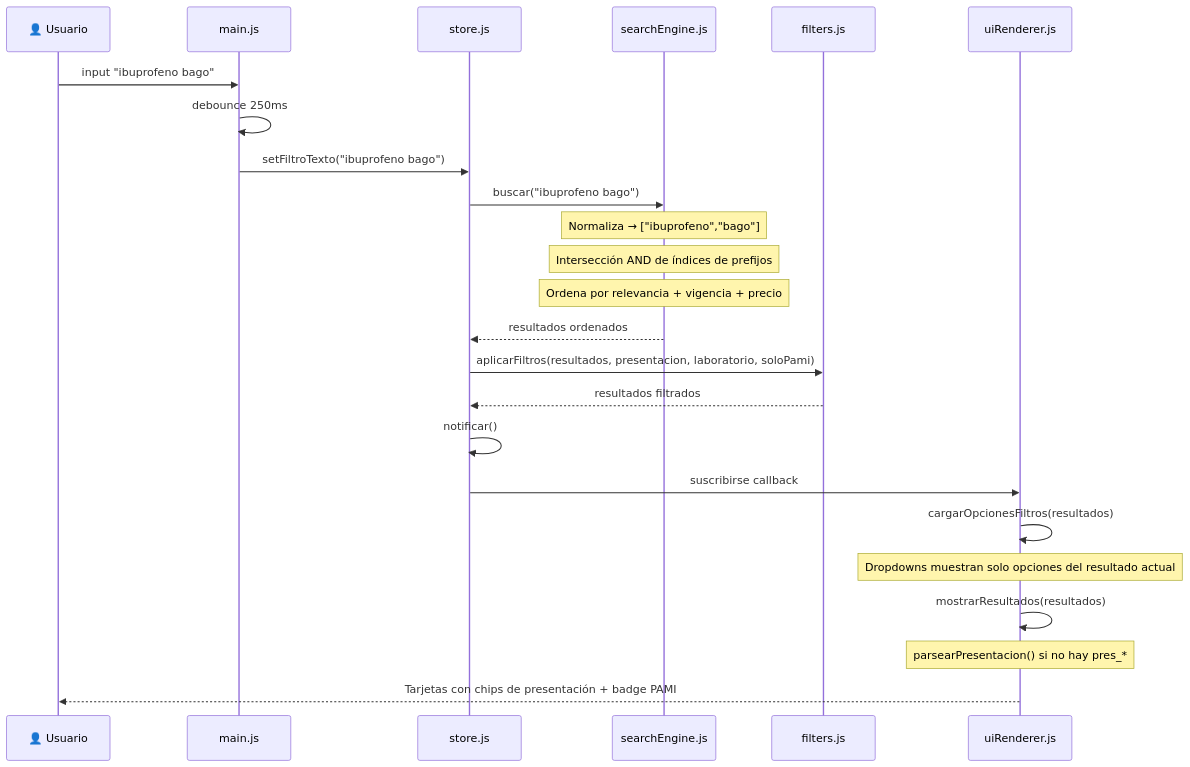
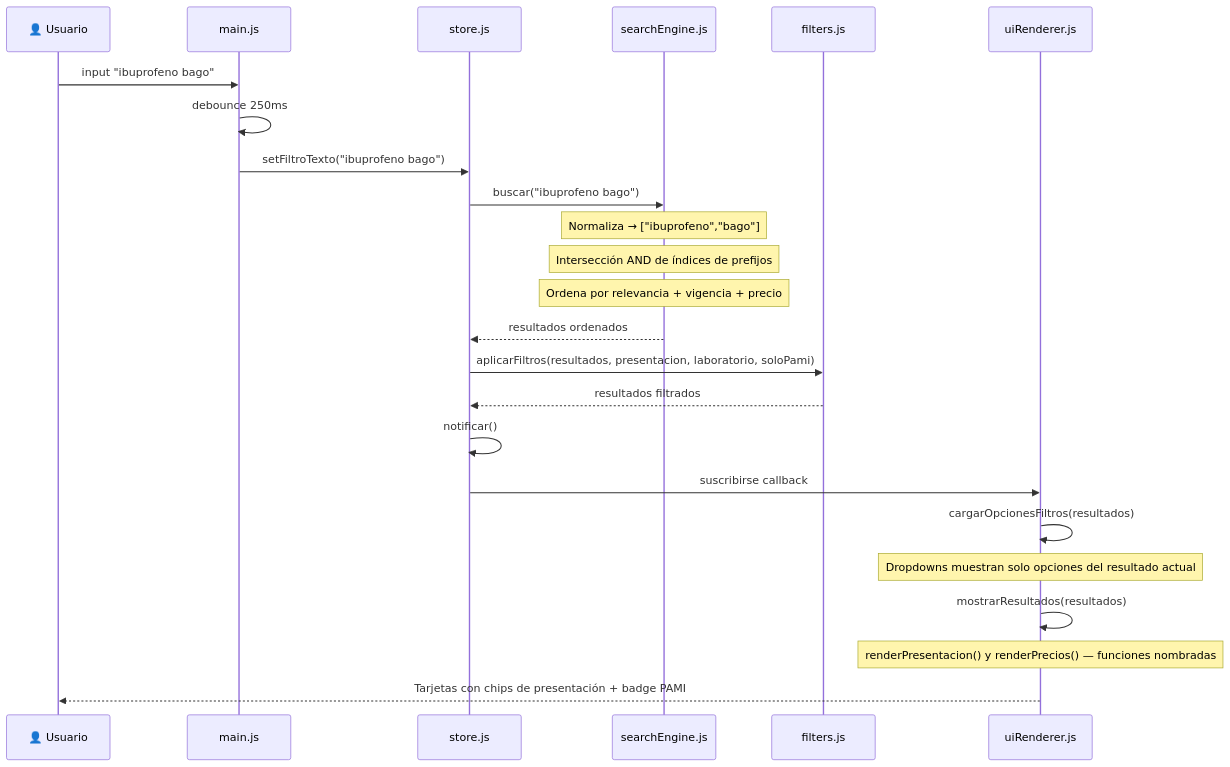
One commit to psbella/remediar changed the seventh of 9 diagrams in README.md. Above: the diagram before and after it, drawn with Mermaid. The commit also changed other lines of this file, not shown here.

````diff
--- a/README.md
+++ b/README.md
@@ -939,31 +984,31 @@
 ```mermaid
 sequenceDiagram
     participant U as 👤 Usuario
     participant M as main.js
     participant S as store.js
     participant SE as searchEngine.js
     participant F as filters.js
     participant R as uiRenderer.js
 
     U->>M: input "ibuprofeno bago"
     M->>M: debounce 250ms
     M->>S: setFiltroTexto("ibuprofeno bago")
 
     S->>SE: buscar("ibuprofeno bago")
     Note over SE: Normaliza → ["ibuprofeno","bago"]
     Note over SE: Intersección AND de índices de prefijos
     Note over SE: Ordena por relevancia + vigencia + precio
     SE-->>S: resultados ordenados
 
     S->>F: aplicarFiltros(resultados, presentacion, laboratorio, soloPami)
     F-->>S: resultados filtrados
 
     S->>S: notificar()
     S->>R: suscribirse callback
 
     R->>R: cargarOpcionesFiltros(resultados)
     Note over R: Dropdowns muestran solo opciones del resultado actual
     R->>R: mostrarResultados(resultados)
-    Note over R: parsearPresentacion() si no hay pres_*
+    Note over R: renderPresentacion() y renderPrecios() — funciones nombradas
     R-->>U: Tarjetas con chips de presentación + badge PAMI
 ```
````
